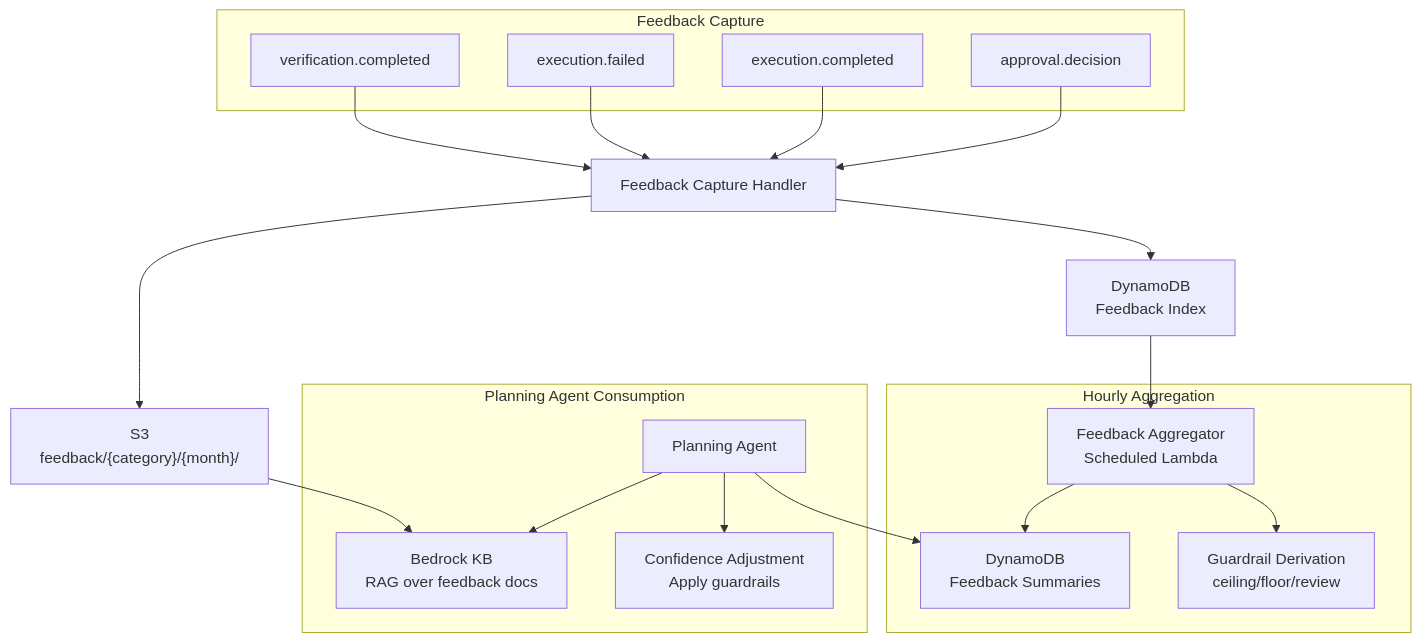
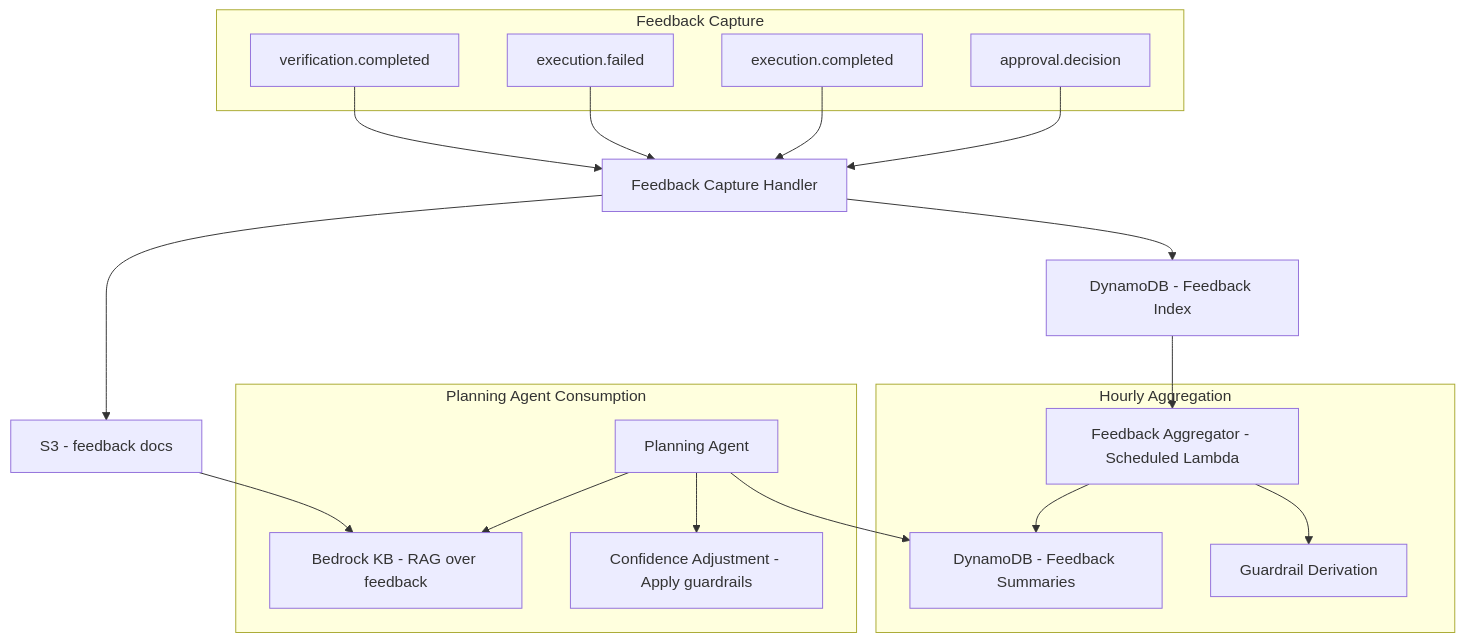
The seventh of 7 diagrams in docs/architecture/system-map.md (mrogers1-dot/ODOT-AWS-ForgeAdmin), drawn with Mermaid before and after one commit. The commit also changed other lines of this file, not shown here.

Commit message:
docs: add updated documentation for diagrams

````diff
--- a/docs/architecture/system-map.md
+++ b/docs/architecture/system-map.md
@@ -399,34 +390,34 @@
 ```mermaid
 graph TD
     subgraph Capture["Feedback Capture"]
-        APR[approval.decision]
-        EXEC_C[execution.completed]
-        EXEC_F[execution.failed]
-        VER[verification.completed]
+        APR["approval.decision"]
+        EXECC["execution.completed"]
+        EXECF["execution.failed"]
+        VER["verification.completed"]
     end
 
-    APR --> CAP[Feedback Capture Handler]
-    EXEC_C --> CAP
-    EXEC_F --> CAP
+    APR --> CAP["Feedback Capture Handler"]
+    EXECC --> CAP
+    EXECF --> CAP
     VER --> CAP
 
-    CAP --> S3_FB["S3<br/>feedback/{category}/{month}/"]
-    CAP --> DDB_IDX[DynamoDB<br/>Feedback Index]
+    CAP --> S3FB["S3 - feedback docs"]
+    CAP --> DDBIDX["DynamoDB - Feedback Index"]
 
     subgraph Aggregation["Hourly Aggregation"]
-        AGG[Feedback Aggregator<br/>Scheduled Lambda]
-        AGG --> SUMMARY[DynamoDB<br/>Feedback Summaries]
-        AGG --> GUARD[Guardrail Derivation<br/>ceiling/floor/review]
+        AGG["Feedback Aggregator - Scheduled Lambda"]
+        AGG --> SUMMARY["DynamoDB - Feedback Summaries"]
+        AGG --> GUARD["Guardrail Derivation"]
     end
 
-    DDB_IDX --> AGG
+    DDBIDX --> AGG
 
     subgraph Consumption["Planning Agent Consumption"]
-        PLAN[Planning Agent]
+        PLAN["Planning Agent"]
         PLAN --> SUMMARY
-        PLAN --> RAG_FB[Bedrock KB<br/>RAG over feedback docs]
-        PLAN --> CONF[Confidence Adjustment<br/>Apply guardrails]
+        PLAN --> RAGFB["Bedrock KB - RAG over feedback"]
+        PLAN --> CONF["Confidence Adjustment - Apply guardrails"]
     end
 
-    S3_FB --> RAG_FB
+    S3FB --> RAGFB
 ```
````
